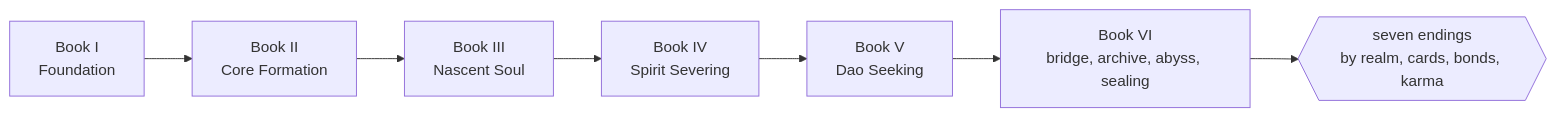
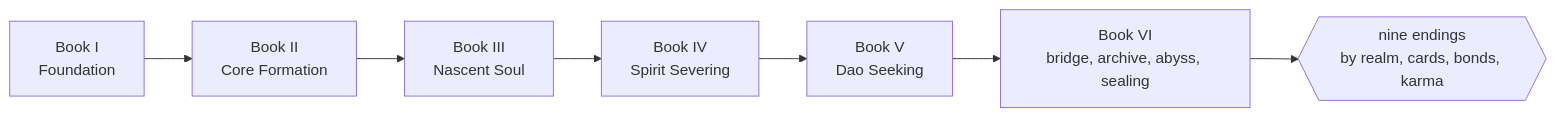
Diagram 19 of 19 in README.md (jgyy/nextxian), drawn with Mermaid before and after one commit. The commit also changed other lines of this file and 59 other files, not shown here.

````diff
--- a/README.md
+++ b/README.md
@@ -560,9 +573,9 @@
 ```mermaid
 flowchart LR
   B1[Book I<br/>Foundation] --> B2[Book II<br/>Core Formation]
   B2 --> B3[Book III<br/>Nascent Soul]
   B3 --> B4[Book IV<br/>Spirit Severing]
   B4 --> B5[Book V<br/>Dao Seeking]
   B5 --> B6[Book VI<br/>bridge, archive, abyss, sealing]
-  B6 --> E{{seven endings<br/>by realm, cards, bonds, karma}}
+  B6 --> E{{nine endings<br/>by realm, cards, bonds, karma}}
 ```
````
